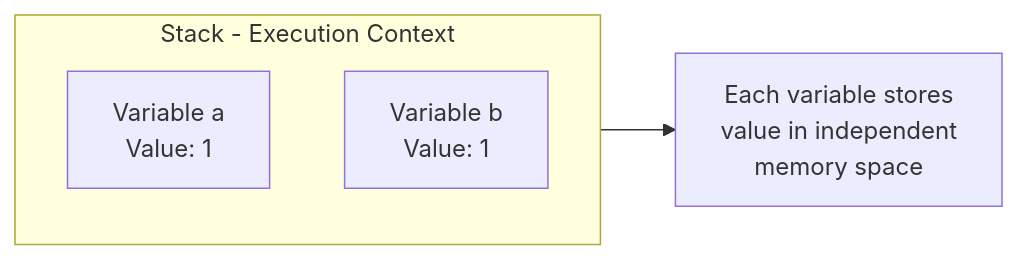
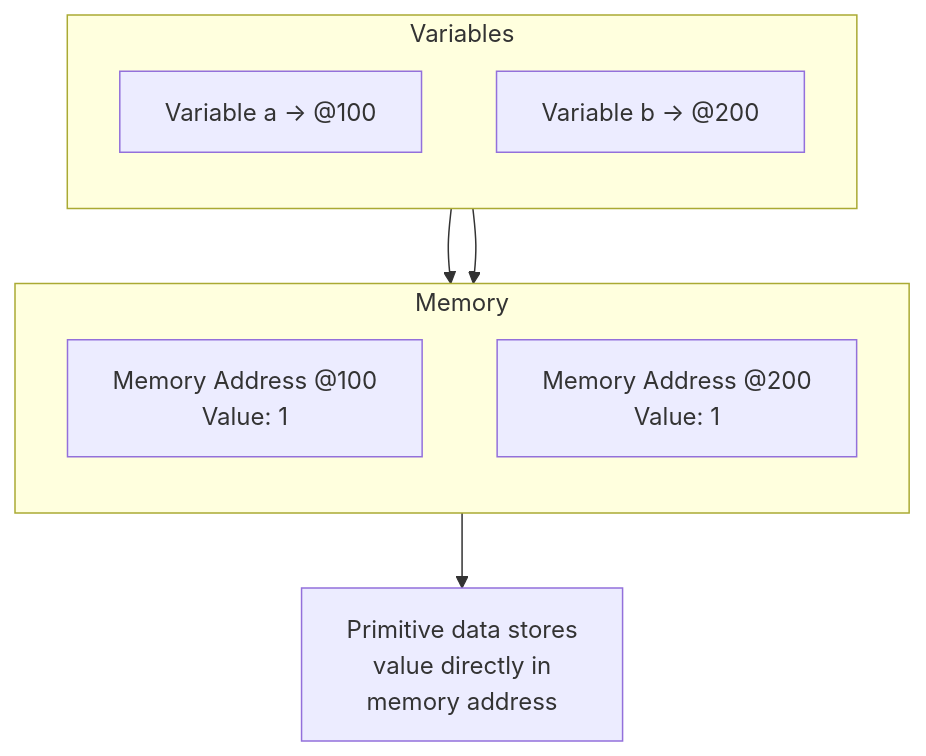
Before and after one commit to codefug/codefug.github.io: the first of 15 diagrams in markdown/2026-01-18/en/content.mdx, drawn with Mermaid. The commit also changed other lines of this file and 1 other file, not shown here.

````diff
--- a/markdown/2026-01-18/en/content.mdx
+++ b/markdown/2026-01-18/en/content.mdx
@@ -30,12 +30,21 @@
 ```mermaid
-flowchart LR
-    subgraph Stack["Stack - Execution Context"]
+flowchart TB
+    subgraph Memory["Memory"]
         direction TB
-        A["Variable a<br/>Value: 1"]
-        B["Variable b<br/>Value: 1"]
+        A1["Memory Address @100<br/>Value: 1"]
+        B1["Memory Address @200<br/>Value: 1"]
     end
     
-    Note1["Each variable stores<br/>value in independent<br/>memory space"]
+    subgraph Variables["Variables"]
+        direction TB
+        A2["Variable a → @100"]
+        B2["Variable b → @200"]
+    end
     
-    Stack --> Note1
+    A2 --> A1
+    B2 --> B1
+    
+    Note1["Primitive data stores<br/>value directly in<br/>memory address"]
+    
+    Memory --> Note1
 ```
````
